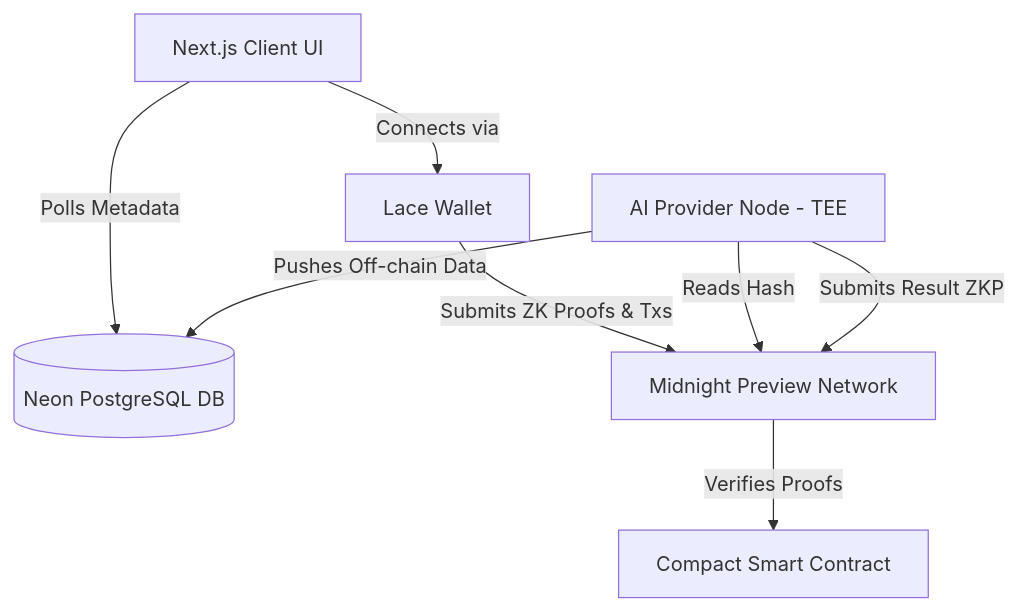
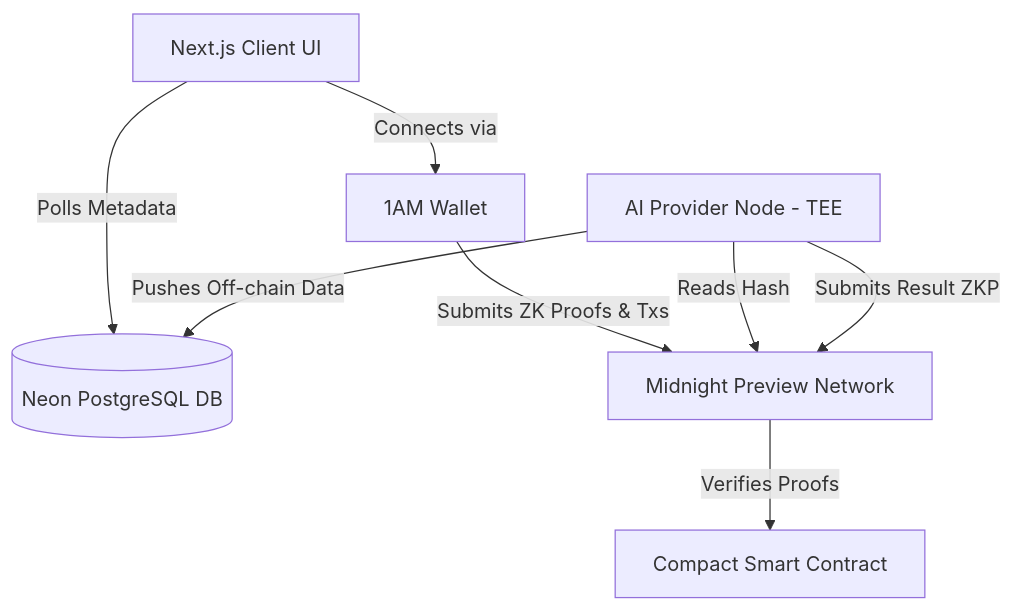
The first of 2 diagrams in README.md (debansh001/PrivateInfer), drawn with Mermaid before and after one commit.

````diff
--- a/README.md
+++ b/README.md
@@ -133,10 +133,10 @@
 ```mermaid
 graph TD
-    UI[Next.js Client UI] -->|Connects via| Wallet[Lace Wallet]
+    UI[Next.js Client UI] -->|Connects via| Wallet[1AM Wallet]
     UI -->|Polls Metadata| DB[(Neon PostgreSQL DB)]
     Wallet -->|Submits ZK Proofs & Txs| Midnight[Midnight Preview Network]
     Midnight -->|Verifies Proofs| SC[Compact Smart Contract]
     ProviderNode[AI Provider Node - TEE] -->|Reads Hash| Midnight
     ProviderNode -->|Pushes Off-chain Data| DB
     ProviderNode -->|Submits Result ZKP| Midnight
 ```
````
